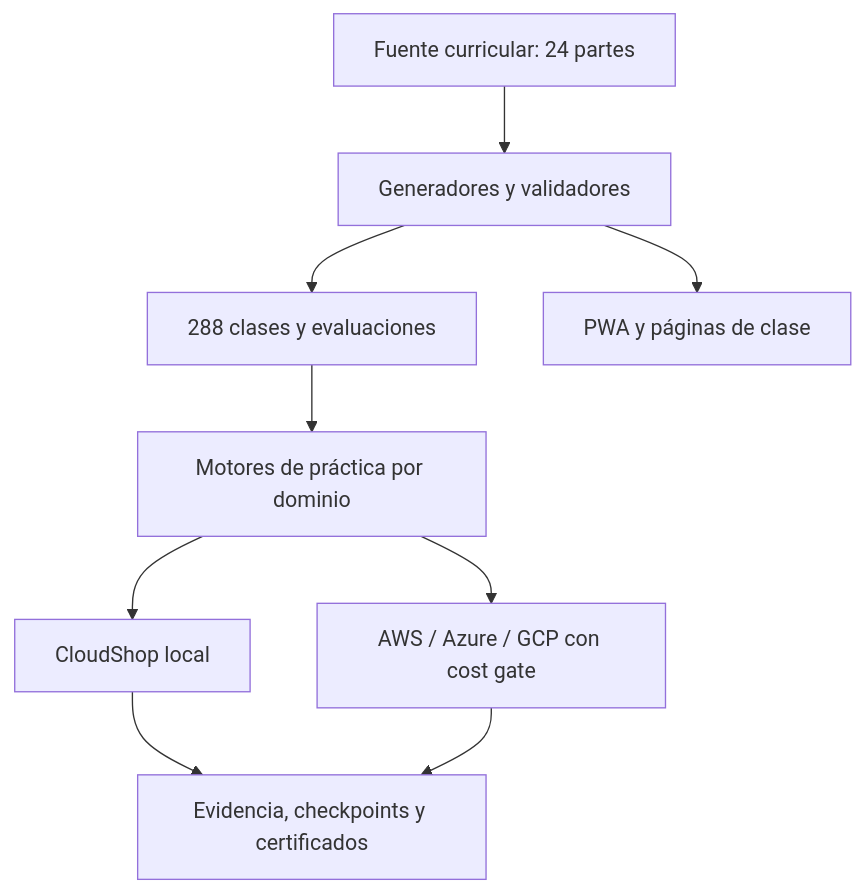
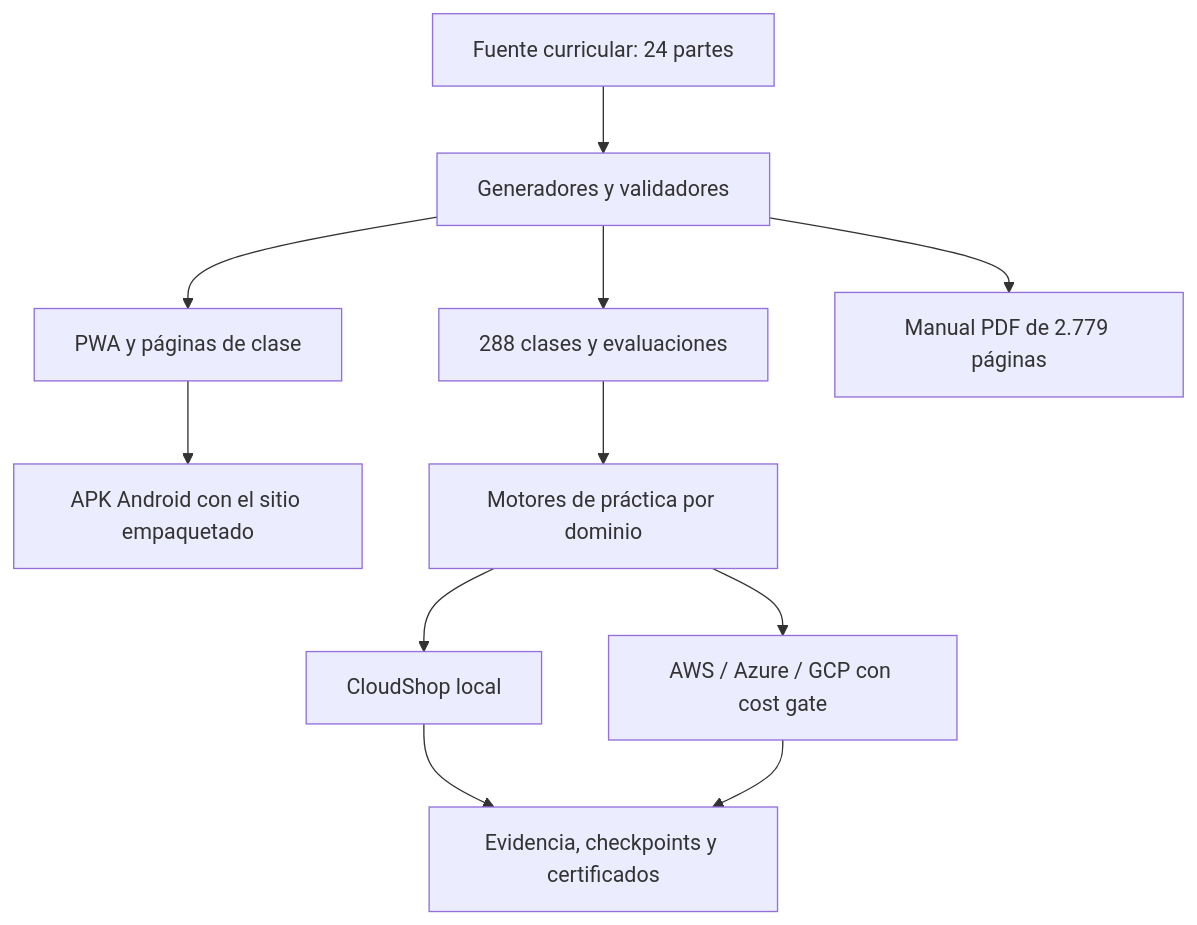
The diagram in docs/SYSTEM_ARCHITECTURE.md (vladimiracunadev-create/multi-cloud-engineering-program), drawn with Mermaid before and after one commit. The commit also changed 4 other files, not shown here.

````diff
--- a/docs/SYSTEM_ARCHITECTURE.md
+++ b/docs/SYSTEM_ARCHITECTURE.md
@@ -3,11 +3,13 @@
 ```mermaid
 flowchart TB
   Source["Fuente curricular: 24 partes"] --> Generator["Generadores y validadores"]
   Generator --> Lessons["288 clases y evaluaciones"]
   Generator --> Portal["PWA y páginas de clase"]
+  Generator --> Manual["Manual PDF de 2.779 páginas"]
+  Portal --> Apk["APK Android con el sitio empaquetado"]
   Lessons --> Labs["Motores de práctica por dominio"]
   Labs --> Local["CloudShop local"]
   Labs --> Sandbox["AWS / Azure / GCP con cost gate"]
   Local --> Evidence["Evidencia, checkpoints y certificados"]
   Sandbox --> Evidence
 ```
````
